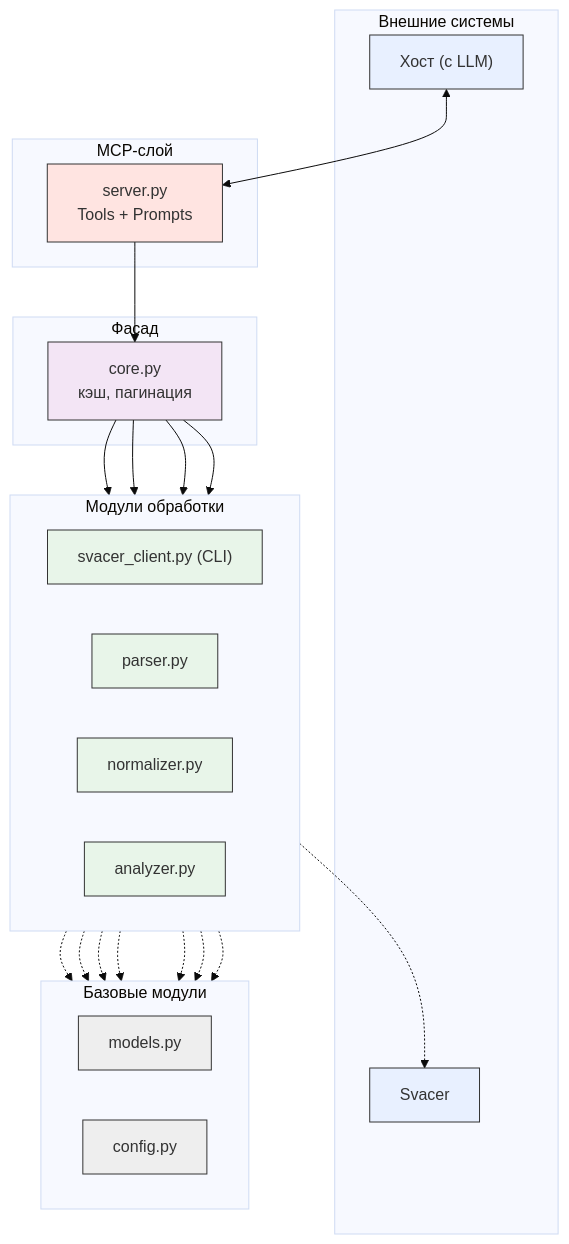
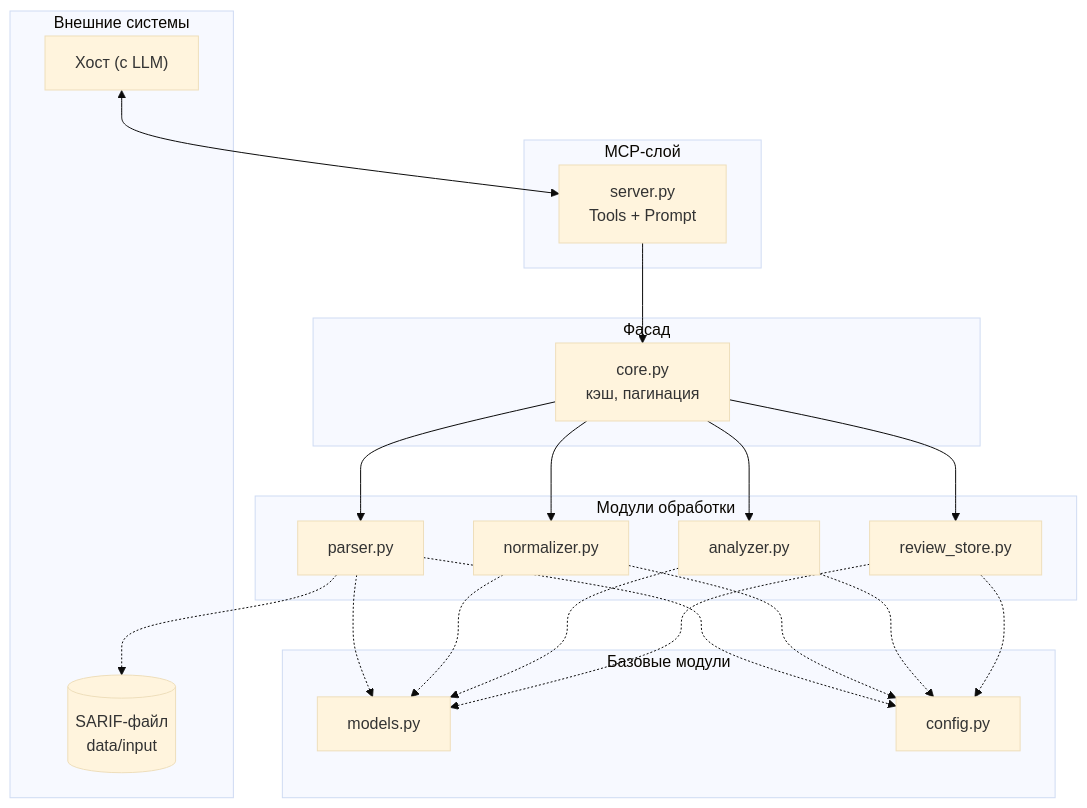
The diagram in docs/architecture.md (Otto-7/mcp), drawn with Mermaid (base theme) before and after one commit. The commit also changed other lines of this file, not shown here.

Commit message:
Revise architecture documentation for clarity
Updated usage scenarios and data processing details in architecture documentation.

````diff
--- a/docs/architecture.md
+++ b/docs/architecture.md
@@ -71,61 +48,38 @@
 ```mermaid
 flowchart TD
     subgraph External ["Внешние системы"]
         Host["Хост (с LLM)"]
-        Svacer["Svacer"]
+        File[("SARIF-файл<br/>data/input")]
     end
-
     subgraph MCP ["MCP-слой"]
-        S["server.py<br/>Tools + Prompts"]
+        S["server.py<br/>Tools + Prompt"]
     end
-
     subgraph Logic ["Фасад"]
         C["core.py<br/>кэш, пагинация"]
     end
-
     subgraph Processing ["Модули обработки"]
-        direction LR
-        SC["svacer_client.py (CLI)"]
         P["parser.py"]
         N["normalizer.py"]
         A["analyzer.py"]
+        RS["review_store.py"]
     end
-
     subgraph Base ["Базовые модули"]
-        direction LR
         M["models.py"]
         CFG["config.py"]
     end
-
-    %% Связи
     Host <--> S
-    SC -.-> Svacer
-    
+    P -.-> File
     S --> C
-    C --> SC
     C --> P
     C --> N
     C --> A
-    
+    C --> RS
     P -.-> M
     N -.-> M
     A -.-> M
-    
-    SC -.-> CFG
+    RS -.-> M
     P -.-> CFG
     N -.-> CFG
     A -.-> CFG
-
-    %% Стили
-    classDef ext fill:#e8f0ff,stroke:#333
-    classDef mcp fill:#ffe4e1,stroke:#333
-    classDef logic fill:#f3e5f5,stroke:#333
-    classDef proc fill:#e8f5e9,stroke:#333
-    classDef base fill:#eeeeee,stroke:#333
-
-    class Host,Svacer ext
-    class S mcp
-    class C logic
-    class SC,P,N,A proc
-    class M,CFG base
+    RS -.-> CFG
 ```
````
